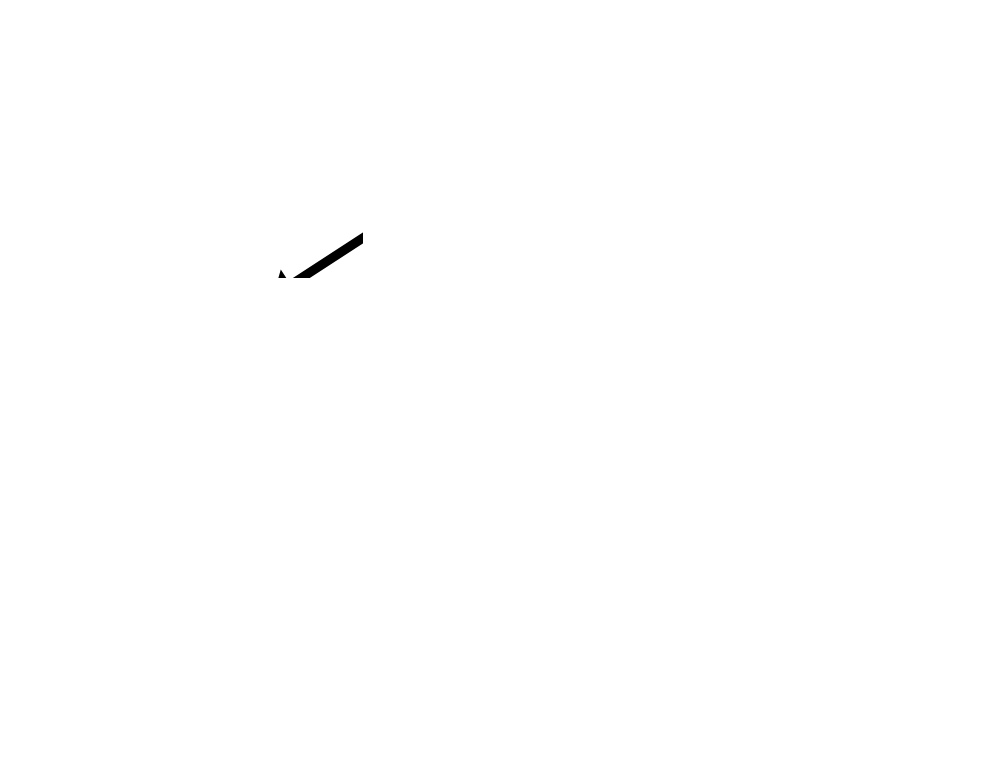
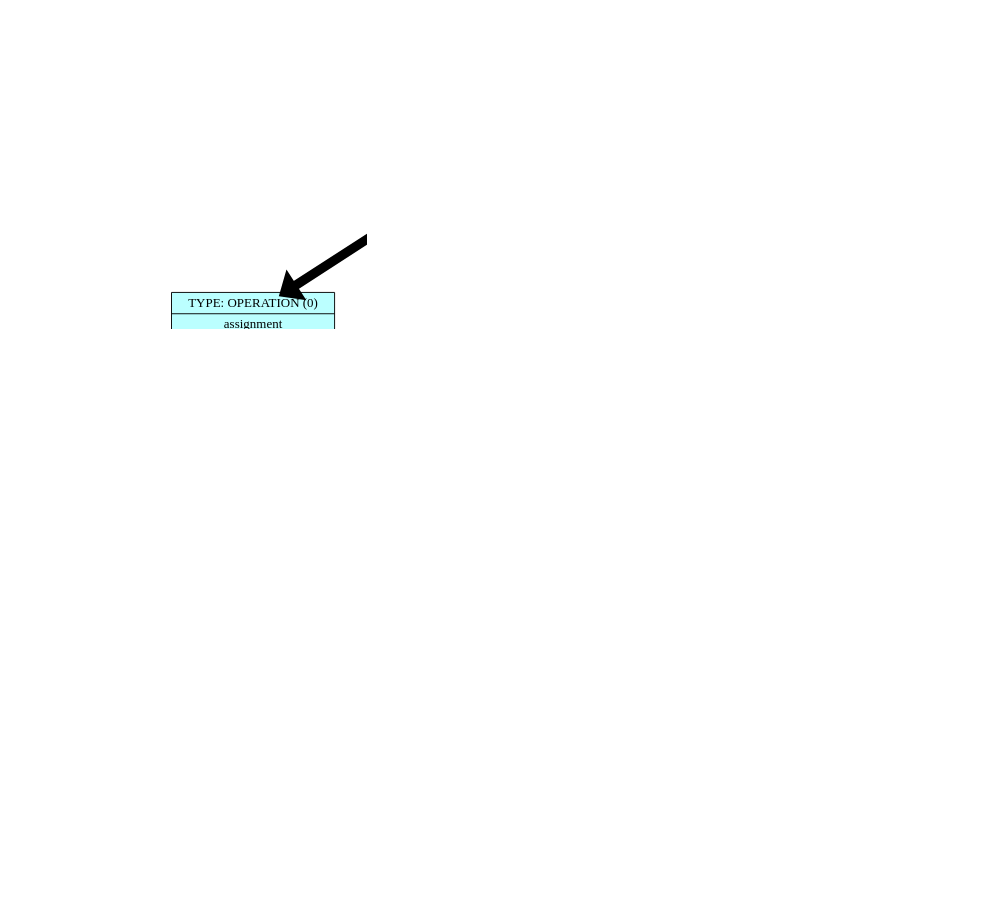
The diagram in backend/dump/list_graph.dot (Troll0ton/Trollanguage), drawn with Graphviz before and after one commit. The commit also changed 24 other files, not shown here.

```diff
--- a/backend/dump/list_graph.dot
+++ b/backend/dump/list_graph.dot
@@ -1,50 +1,59 @@
 digraph structs {    
 rankdir = TB;        
 graph [dpi = 200];   
 ranksep = 1.5;       
 edge[penwidth = 10]; 
 cell0 [style = filled, color = black, shape=record, 
 fillcolor = paleturquoise1, label = " { <ptr> TYPE: OPERATION (0) | sequence} " ];                         
 cell1 [style = filled, color = black, shape=record, 
 fillcolor = paleturquoise1, label = " { <ptr> TYPE: OPERATION (0) | sequence} " ];                         
 cell2 [style = filled, color = black, shape=record, 
 fillcolor = paleturquoise1, label = " { <ptr> TYPE: OPERATION (0) | assignment} " ];                         
 cell3 [style = filled, color = black, shape=record, 
 fillcolor = darkolivegreen2, label = " { <ptr> TYPE: VARIABLE (0) | x} " ];                         
 cell4 [style = filled, color = black, shape=record, 
+fillcolor = paleturquoise1, label = " { <ptr> TYPE: OPERATION (0) | call} " ];                         
+cell5 [style = filled, color = black, shape=record, 
+fillcolor = darkolivegreen2, label = " { <ptr> TYPE: VARIABLE (0) | n} " ];                         
+cell6 [style = filled, color = black, shape=record, 
+fillcolor = paleturquoise1, label = " { <ptr> TYPE: OPERATION (0) | funct} " ];                         
+cell7 [style = filled, color = black, shape=record, 
+fillcolor = darkolivegreen2, label = " { <ptr> TYPE: VARIABLE (0) | n} " ];                         
+cell8 [style = filled, color = black, shape=record, 
+fillcolor = paleturquoise1, label = " { <ptr> TYPE: OPERATION (0) | body} " ];                         
+cell9 [style = filled, color = black, shape=record, 
+fillcolor = paleturquoise1, label = " { <ptr> TYPE: OPERATION (0) | sequence} " ];                         
+cell10 [style = filled, color = black, shape=record, 
+fillcolor = paleturquoise1, label = " { <ptr> TYPE: OPERATION (0) | assignment} " ];                         
+cell11 [style = filled, color = black, shape=record, 
+fillcolor = darkolivegreen2, label = " { <ptr> TYPE: VARIABLE (0) | y} " ];                         
+cell12 [style = filled, color = black, shape=record, 
+fillcolor = coral2, label = " { <ptr> TYPE: NUMERIC (0) | 200} " ];                         
+cell13 [style = filled, color = black, shape=record, 
 fillcolor = coral2, label = " { <ptr> TYPE: NUMERIC (0) | 100} " ];                         
-cell5 [style = filled, color = black, shape=record, 
-fillcolor = paleturquoise1, label = " { <ptr> TYPE: OPERATION (0) | funct} " ];                         
-cell6 [style = filled, color = black, shape=record, 
-fillcolor = darkolivegreen2, label = " { <ptr> TYPE: VARIABLE (0) | n} " ];                         
-cell7 [style = filled, color = black, shape=record, 
-fillcolor = paleturquoise1, label = " { <ptr> TYPE: OPERATION (0) | body} " ];                         
-cell8 [style = filled, color = black, shape=record, 
-fillcolor = paleturquoise1, label = " { <ptr> TYPE: OPERATION (0) | assignment} " ];                         
-cell9 [style = filled, color = black, shape=record, 
-fillcolor = darkolivegreen2, label = " { <ptr> TYPE: VARIABLE (0) | y} " ];                         
-cell10 [style = filled, color = black, shape=record, 
-fillcolor = coral2, label = " { <ptr> TYPE: NUMERIC (0) | 777} " ];                         
-cell11 [style = filled, color = black, shape=record, 
+cell14 [style = filled, color = black, shape=record, 
 fillcolor = paleturquoise1, label = " { <ptr> TYPE: OPERATION (0) | out} " ];                         
-cell12 [style = filled, color = black, shape=record, 
+cell15 [style = filled, color = black, shape=record, 
 fillcolor = paleturquoise1, label = " { <ptr> TYPE: OPERATION (0) | add} " ];                         
-cell13 [style = filled, color = black, shape=record, 
+cell16 [style = filled, color = black, shape=record, 
 fillcolor = darkolivegreen2, label = " { <ptr> TYPE: VARIABLE (0) | x} " ];                         
-cell14 [style = filled, color = black, shape=record, 
+cell17 [style = filled, color = black, shape=record, 
 fillcolor = darkolivegreen2, label = " { <ptr> TYPE: VARIABLE (0) | y} " ];                         
 cell0 -> cell1;
 cell1 -> cell2;
 cell2 -> cell3;
 cell2 -> cell4;
-cell1 -> cell5;
-cell5 -> cell6;
-cell5 -> cell7;
-cell7 -> cell8;
+cell4 -> cell5;
+cell1 -> cell6;
+cell6 -> cell7;
+cell6 -> cell8;
 cell8 -> cell9;
-cell8 -> cell10;
-cell0 -> cell11;
-cell11 -> cell12;
-cell12 -> cell13;
-cell12 -> cell14;
+cell9 -> cell10;
+cell10 -> cell11;
+cell10 -> cell12;
+cell9 -> cell13;
+cell0 -> cell14;
+cell14 -> cell15;
+cell15 -> cell16;
+cell15 -> cell17;
 }
```
